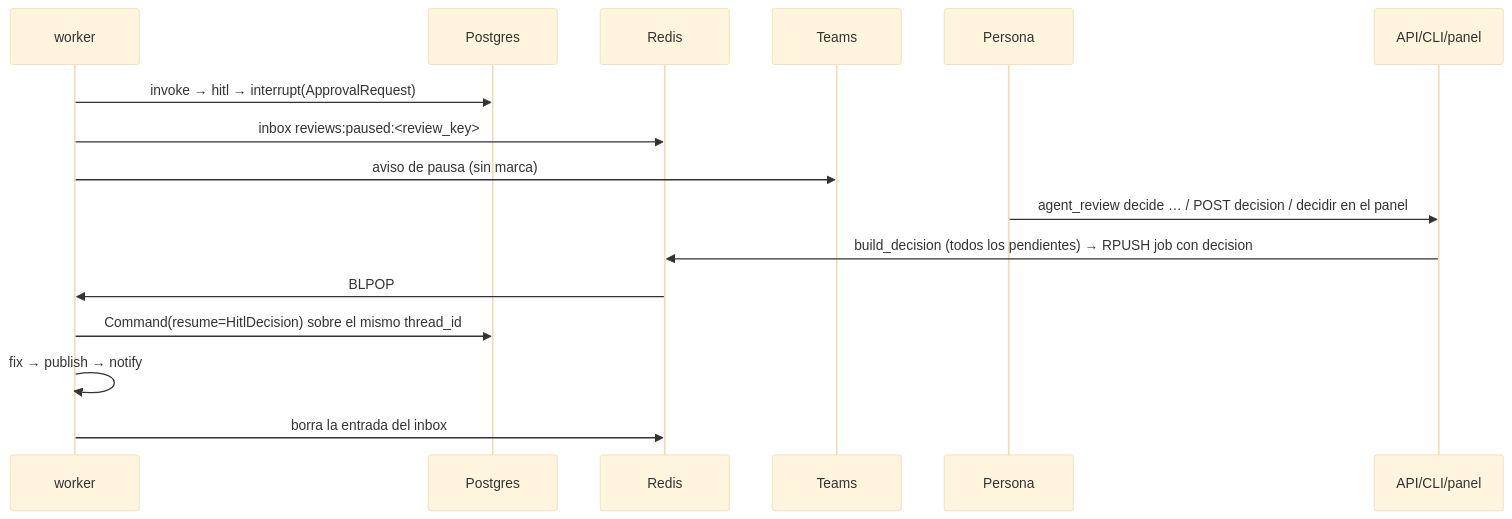
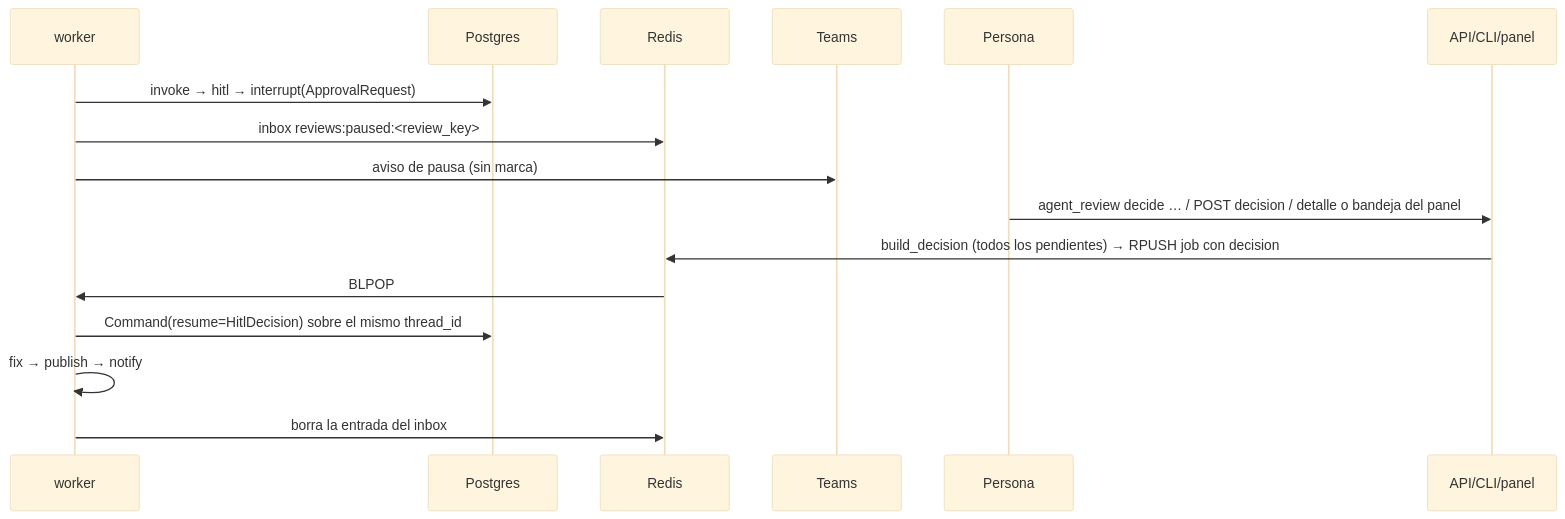
Before and after one commit to pcgarat/agent-review-langgraph: the sixth of 7 diagrams in docs/arquitectura.md, drawn with Mermaid (base theme). The commit also changed other lines of this file and 30 other files, not shown here.

````diff
--- a/docs/arquitectura.md
+++ b/docs/arquitectura.md
@@ -320,18 +324,18 @@
 ```mermaid
 sequenceDiagram
     participant W as worker
     participant PG as Postgres
     participant R as Redis
     participant T as Teams
     participant H as Persona
     participant API as API/CLI/panel
     W->>PG: invoke → hitl → interrupt(ApprovalRequest)
     W->>R: inbox reviews:paused:<review_key>
     W->>T: aviso de pausa (sin marca)
-    H->>API: agent_review decide … / POST decision / decidir en el panel
+    H->>API: agent_review decide … / POST decision / detalle o bandeja del panel
     API->>R: build_decision (todos los pendientes) → RPUSH job con decision
     R->>W: BLPOP
     W->>PG: Command(resume=HitlDecision) sobre el mismo thread_id
     W->>W: fix → publish → notify
     W->>R: borra la entrada del inbox
 ```
````
